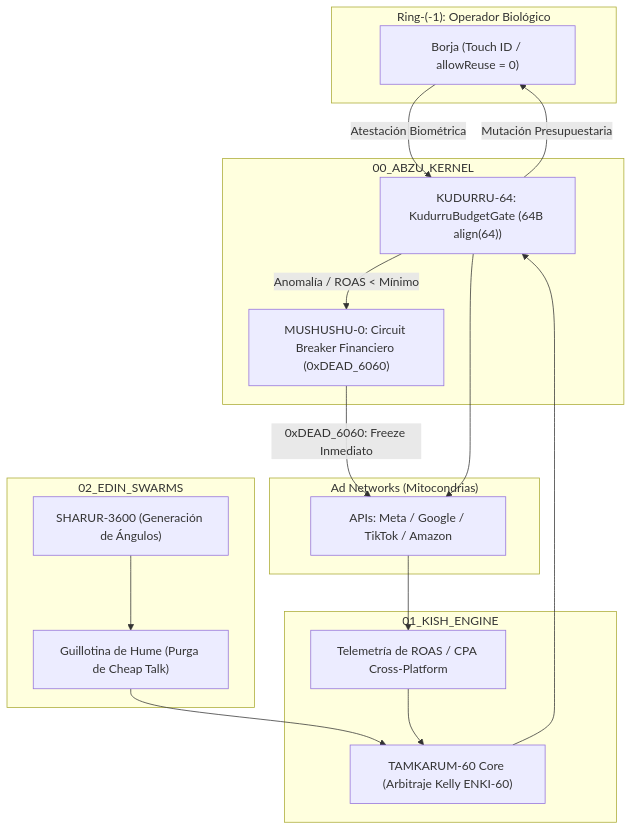
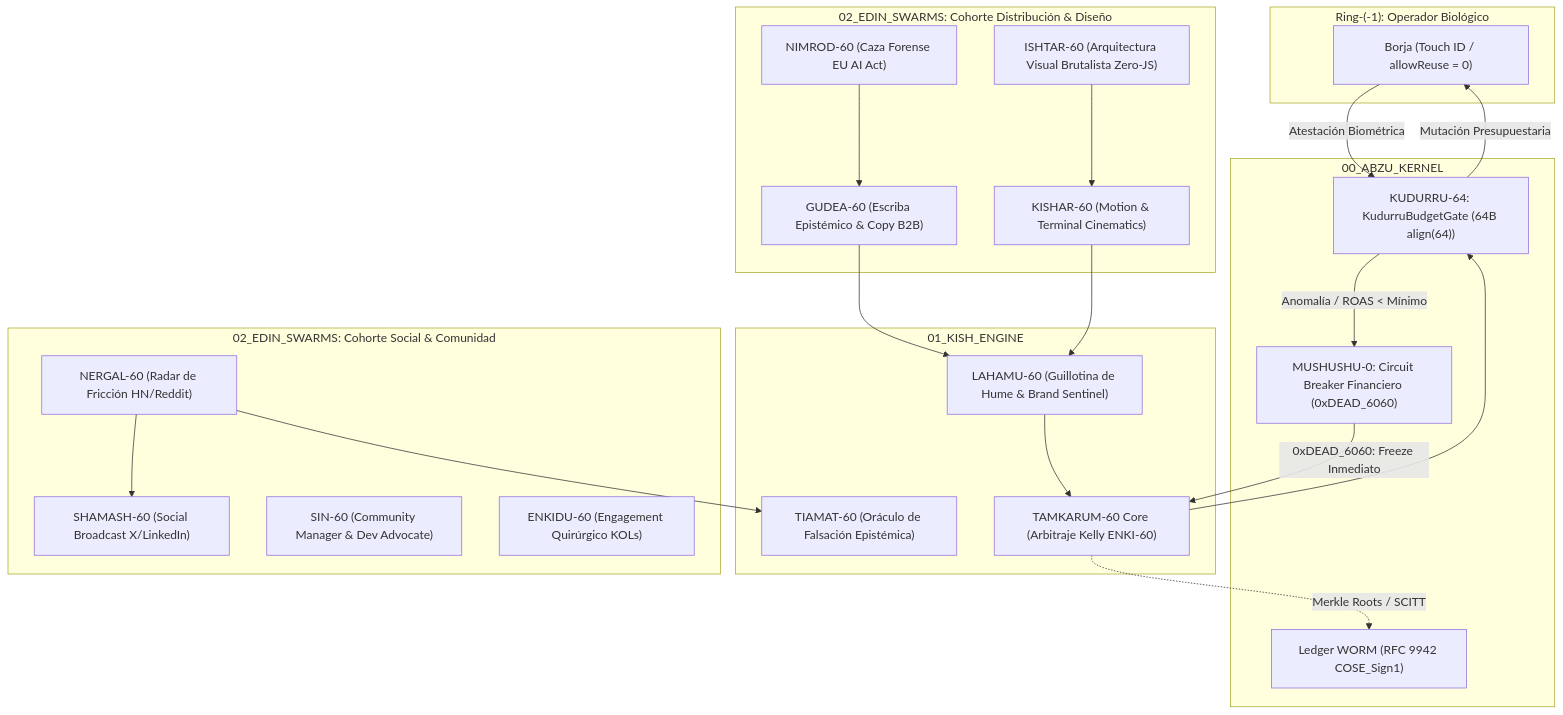
Before and after one commit to borjamoskv/cortex-persist: the diagram in skills/c5-tamkarum-60/SKILL.md, drawn with Mermaid. The commit also changed other lines of this file and 17 other files, not shown here.

````diff
--- a/skills/c5-tamkarum-60/SKILL.md
+++ b/skills/c5-tamkarum-60/SKILL.md
@@ -40,36 +41,46 @@
 ```mermaid
 flowchart TD
     subgraph RingMinus1 ["Ring-(-1): Operador Biológico"]
         Borja["Borja (Touch ID / allowReuse = 0)"]
     end
 
     subgraph Ring0 ["00_ABZU_KERNEL"]
         BudgetGate["KUDURRU-64: KudurruBudgetGate (64B align(64))"]
+        WORM["Ledger WORM (RFC 9942 COSE_Sign1)"]
         Mushushu["MUSHUSHU-0: Circuit Breaker Financiero (0xDEAD_6060)"]
     end
 
     subgraph Ring1 ["01_KISH_ENGINE"]
         TamkarumCore["TAMKARUM-60 Core (Arbitraje Kelly ENKI-60)"]
-        Telemetry["Telemetría de ROAS / CPA Cross-Platform"]
+        LahamuGate["LAHAMU-60 (Guillotina de Hume & Brand Sentinel)"]
+        TiamatDebunker["TIAMAT-60 (Oráculo de Falsación Epistémica)"]
     end
 
-    subgraph Ring2 ["02_EDIN_SWARMS"]
-        SharurForge["SHARUR-3600 (Generación de Ángulos)"]
-        HumeFilter["Guillotina de Hume (Purga de Cheap Talk)"]
+    subgraph Ring2_A ["02_EDIN_SWARMS: Cohorte Distribución & Diseño"]
+        NimrodHunter["NIMROD-60 (Caza Forense EU AI Act)"]
+        GudeaScribe["GUDEA-60 (Escriba Epistémico & Copy B2B)"]
+        IshtarDesign["ISHTAR-60 (Arquitectura Visual Brutalista Zero-JS)"]
+        KisharMotion["KISHAR-60 (Motion & Terminal Cinematics)"]
     end
 
-    subgraph External ["Ad Networks (Mitocondrias)"]
-        AdGateways["APIs: Meta / Google / TikTok / Amazon"]
+    subgraph Ring2_B ["02_EDIN_SWARMS: Cohorte Social & Comunidad"]
+        ShamashSocial["SHAMASH-60 (Social Broadcast X/LinkedIn)"]
+        NergalRadar["NERGAL-60 (Radar de Fricción HN/Reddit)"]
+        SinCommunity["SIN-60 (Community Manager & Dev Advocate)"]
+        EnkiduLiaison["ENKIDU-60 (Engagement Quirúrgico KOLs)"]
     end
 
-    SharurForge --> HumeFilter
-    HumeFilter --> TamkarumCore
+    NimrodHunter --> GudeaScribe
+    GudeaScribe --> LahamuGate
+    IshtarDesign --> KisharMotion
+    KisharMotion --> LahamuGate
+    LahamuGate --> TamkarumCore
+    NergalRadar --> ShamashSocial
+    NergalRadar --> TiamatDebunker
     TamkarumCore --> BudgetGate
     BudgetGate -->|Mutación Presupuestaria| Borja
     Borja -->|Atestación Biométrica| BudgetGate
     BudgetGate -->|Anomalía / ROAS < Mínimo| Mushushu
-    Mushushu -->|0xDEAD_6060: Freeze Inmediato| AdGateways
-    BudgetGate --> AdGateways
-    AdGateways --> Telemetry
-    Telemetry --> TamkarumCore
+    Mushushu -->|0xDEAD_6060: Freeze Inmediato| TamkarumCore
+    TamkarumCore -.->|Merkle Roots / SCITT| WORM
 ```
````
